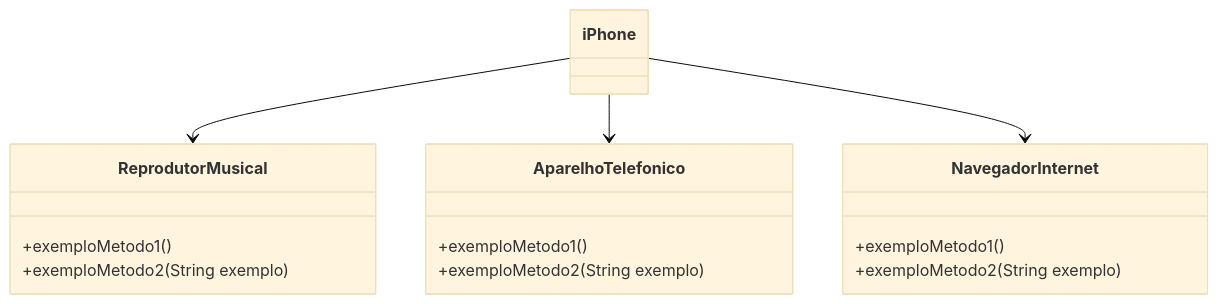
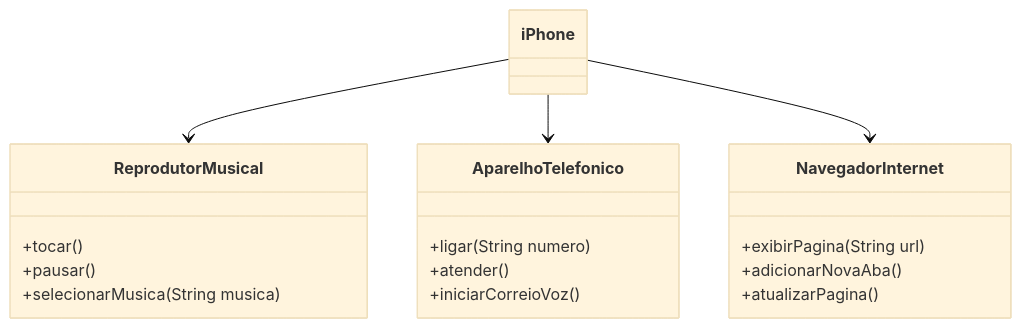
The diagram in poo/README.md (RoggerioVieira/dio-trilha-java-basico), drawn with Mermaid (base theme) before and after one commit. The commit also changed other lines of this file, not shown here.

````diff
--- a/poo/README.md
+++ b/poo/README.md
@@ -31,24 +30,27 @@
-```mermaid
-classDiagram
+   ```mermaid
+   classDiagram
     class ReprodutorMusical {
-        +exemploMetodo1()
-        +exemploMetodo2(String exemplo)
+         +tocar()
+        +pausar()
+        +selecionarMusica(String musica)
     }
 
     class AparelhoTelefonico {
-        +exemploMetodo1()
-        +exemploMetodo2(String exemplo)
+         +ligar(String numero)
+        +atender()
+        +iniciarCorreioVoz()
     }
 
     class NavegadorInternet {
-        +exemploMetodo1()
-        +exemploMetodo2(String exemplo)
+        +exibirPagina(String url)
+        +adicionarNovaAba()
+        +atualizarPagina()
     }
 
     class iPhone {
     }
 
     iPhone --> ReprodutorMusical
     iPhone --> AparelhoTelefonico
     iPhone --> NavegadorInternet
 ```
````
